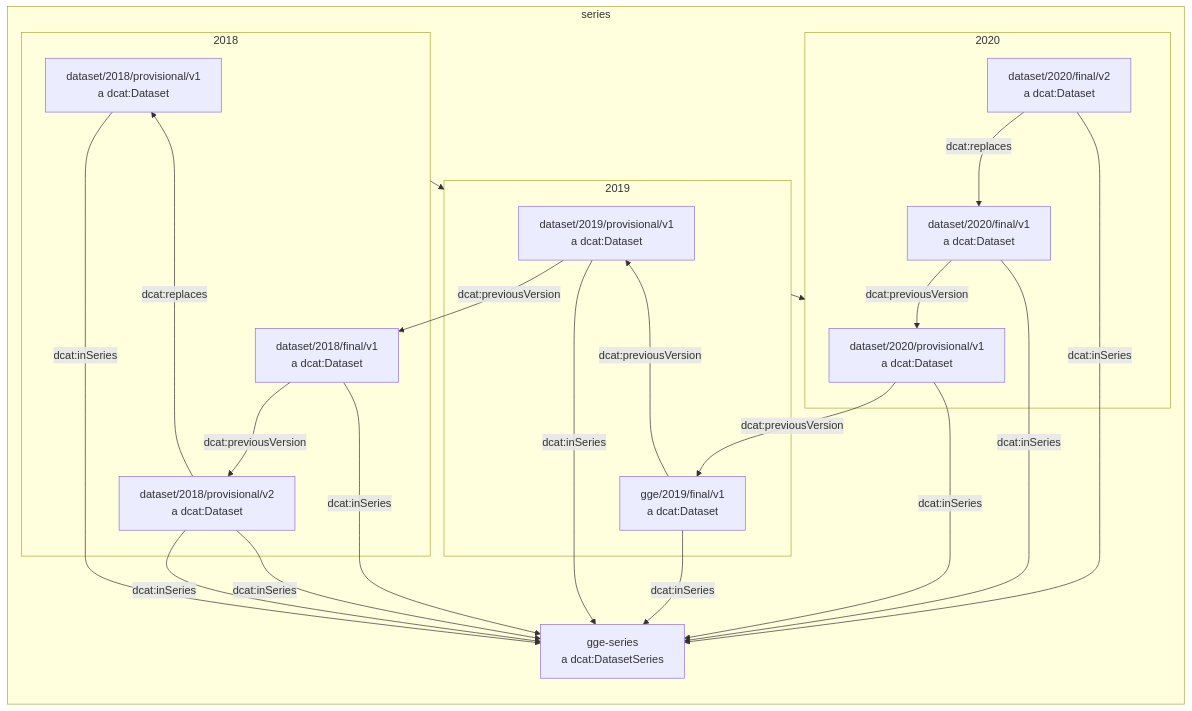
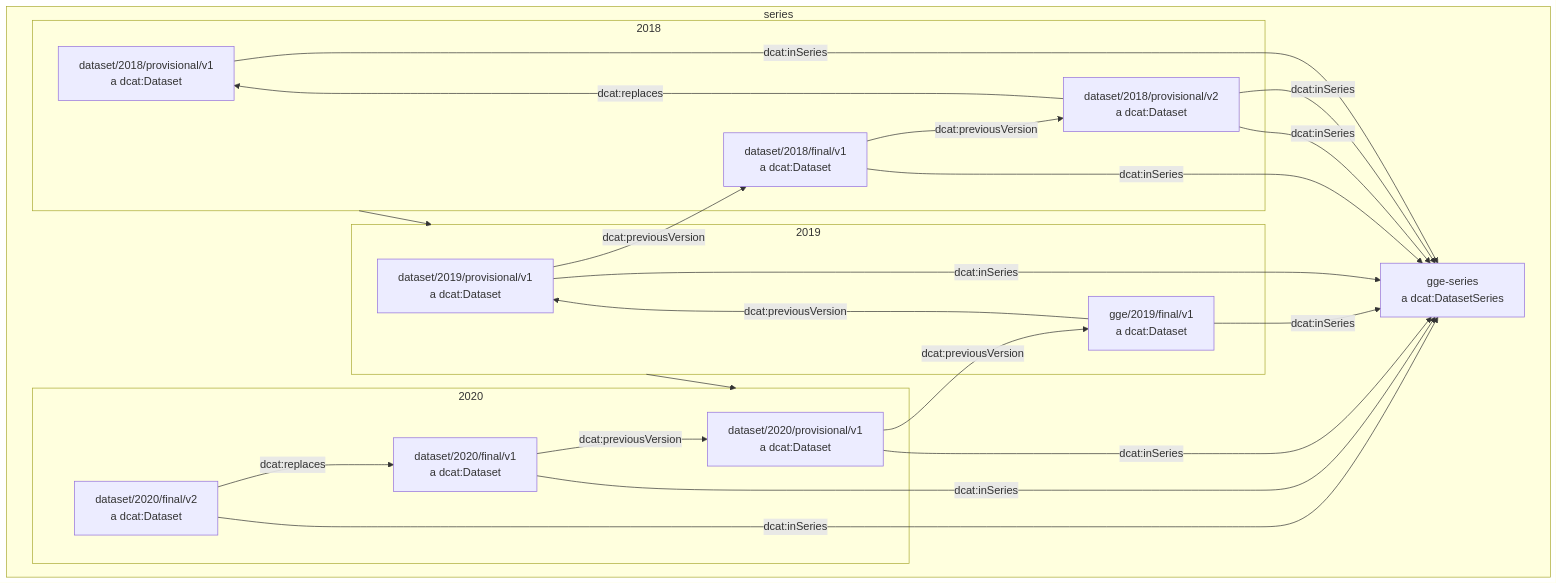
Before and after one commit to ONSdigital/application-profile: the eighth of 16 diagrams in README.md, drawn with Mermaid. The commit also changed other lines of this file, not shown here.

Commit message:
ConceptSchemes as Datasets * Class diagram in Codelists * Catalog entry implications

````diff
--- a/README.md
+++ b/README.md
@@ -1135,42 +1135,42 @@
 ```mermaid
-flowchart LR
+flowchart TD
     subgraph series
 
 	gges[gge-series\na dcat:DatasetSeries]
         subgraph 2018
             2018p1[dataset/2018/provisional/v1\na dcat:Dataset]
             2018p2[dataset/2018/provisional/v2\na dcat:Dataset]
             2018f1[dataset/2018/final/v1\na dcat:Dataset]
         end
 
         subgraph 2019
             2019p1[dataset/2019/provisional/v1\na dcat:Dataset]
             2019f1[gge/2019/final/v1\na dcat:Dataset]
         end
 
         subgraph 2020
             2020p1[dataset/2020/provisional/v1\na dcat:Dataset]
             2020f1[dataset/2020/final/v1\na dcat:Dataset]
             2020f2[dataset/2020/final/v2\na dcat:Dataset]
         end
     end
 
     2018 --> 2019 --> 2020
 
     2018p1 -->|dcat:inSeries| gges
     2018p2 -->|dcat:inSeries| gges
     2018p2 -->|dcat:replaces| 2018p1
     2018p2 -->|dcat:inSeries| gges
     2018f1 -->|dcat:previousVersion| 2018p2
     2018f1 -->|dcat:inSeries| gges
     2019p1 -->|dcat:previousVersion| 2018f1
     2019p1 -->|dcat:inSeries| gges
     2019f1 -->|dcat:previousVersion| 2019p1
     2019f1 -->|dcat:inSeries| gges
     2020p1 -->|dcat:previousVersion| 2019f1
     2020p1 -->|dcat:inSeries| gges
     2020f1 -->|dcat:previousVersion| 2020p1
     2020f1 -->|dcat:inSeries| gges
     2020f2 -->|dcat:replaces| 2020f1
     2020f2 -->|dcat:inSeries| gges
 ```
````
